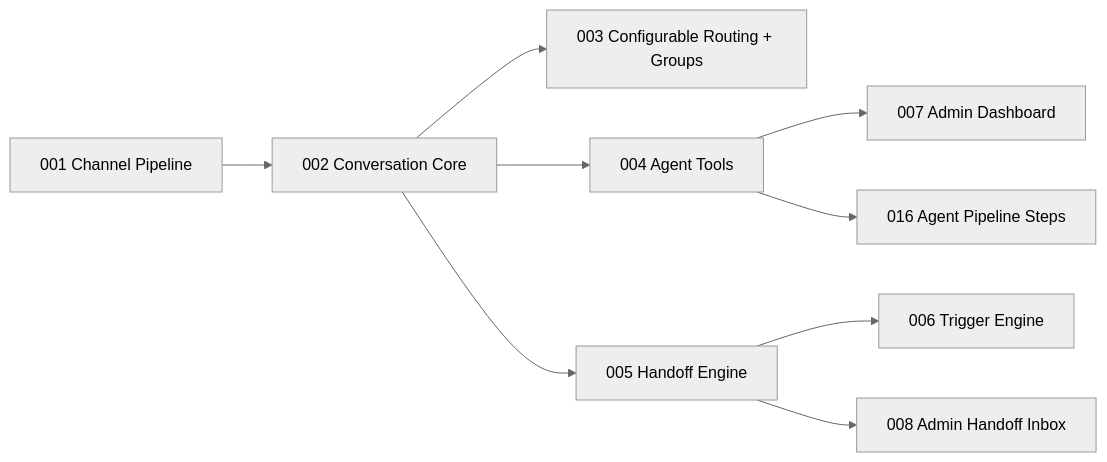
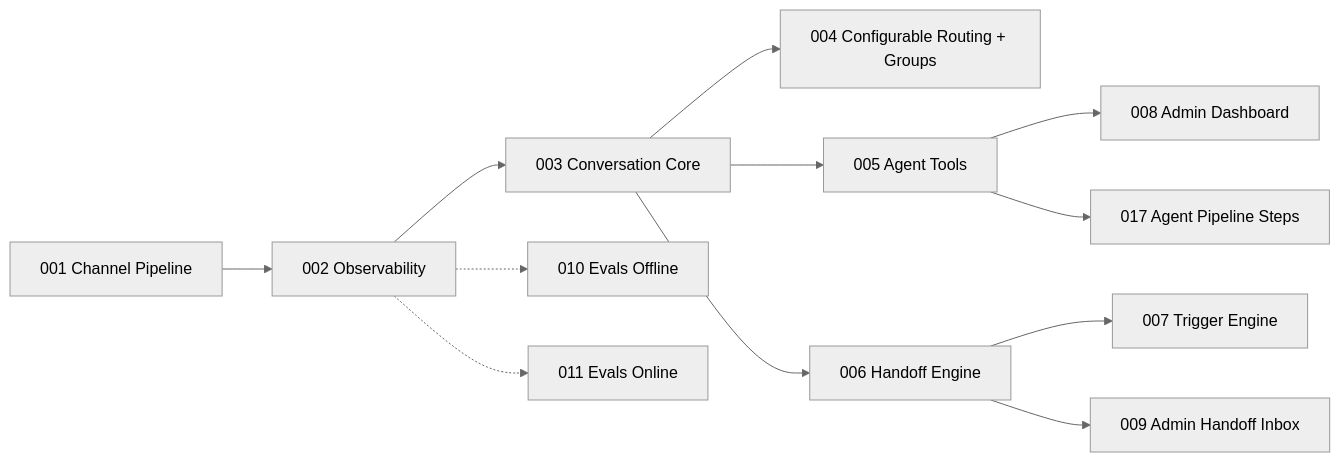
The second of 2 diagrams in platforms/prosauai/planning/roadmap.md (paceautomations/madruga.ai), drawn with Mermaid (neutral theme) before and after one commit. The commit also changed other lines of this file, not shown here.

First line of the commit message:
chore(prosauai): insert epic 002-observability into roadmap

````diff
--- a/platforms/prosauai/planning/roadmap.md
+++ b/platforms/prosauai/planning/roadmap.md
@@ -81,11 +87,14 @@
 ```mermaid
 graph LR
-  E001[001 Channel Pipeline] --> E002[002 Conversation Core]
-  E002 --> E003[003 Configurable Routing + Groups]
-  E002 --> E004[004 Agent Tools]
-  E002 --> E005[005 Handoff Engine]
-  E005 --> E006[006 Trigger Engine]
-  E004 --> E007[007 Admin Dashboard]
-  E005 --> E008[008 Admin Handoff Inbox]
-  E004 --> E016[016 Agent Pipeline Steps]
+  E001[001 Channel Pipeline] --> E002[002 Observability]
+  E002 --> E003[003 Conversation Core]
+  E003 --> E004[004 Configurable Routing + Groups]
+  E003 --> E005[005 Agent Tools]
+  E003 --> E006[006 Handoff Engine]
+  E006 --> E007[007 Trigger Engine]
+  E005 --> E008[008 Admin Dashboard]
+  E006 --> E009[009 Admin Handoff Inbox]
+  E005 --> E017[017 Agent Pipeline Steps]
+  E002 -.-> E010[010 Evals Offline]
+  E002 -.-> E011[011 Evals Online]
 ```
````
